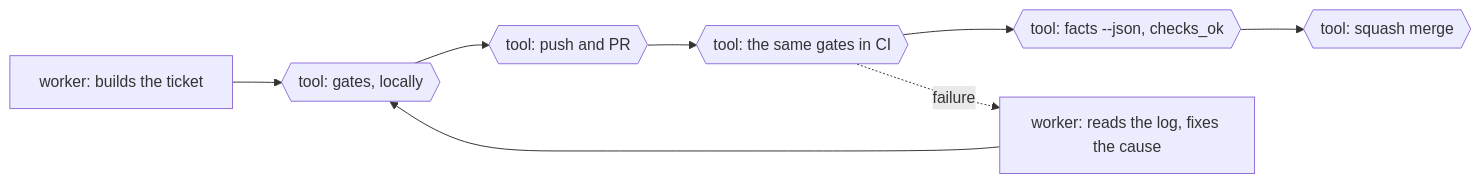
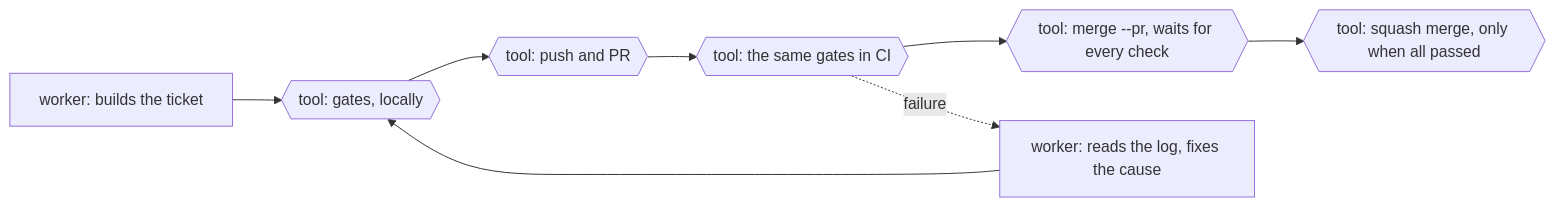
The second of 2 diagrams in README.md (diegoaltoworks/forger), drawn with Mermaid before and after one commit. The commit also changed other lines of this file and 34 other files, not shown here.

Commit message:
feat: a red merge is a failure the engine catches, and merging goes through a tool that waits for CI (#76) (#85)

````diff
--- a/README.md
+++ b/README.md
@@ -43,10 +44,10 @@
 ```mermaid
 flowchart LR
     A[worker: builds the ticket] --> B{{tool: gates, locally}}
     B --> C{{tool: push and PR}}
     C --> D{{tool: the same gates in CI}}
-    D --> E{{tool: facts --json, checks_ok}}
-    E --> F{{tool: squash merge}}
+    D --> E{{tool: merge --pr, waits for every check}}
+    E --> F{{tool: squash merge, only when all passed}}
     D -. failure .-> G[worker: reads the log, fixes the cause]
     G --> B
 ```
````
